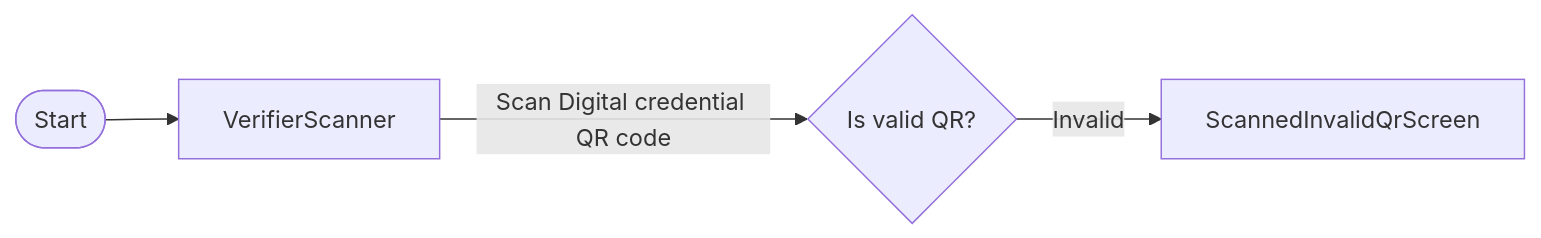
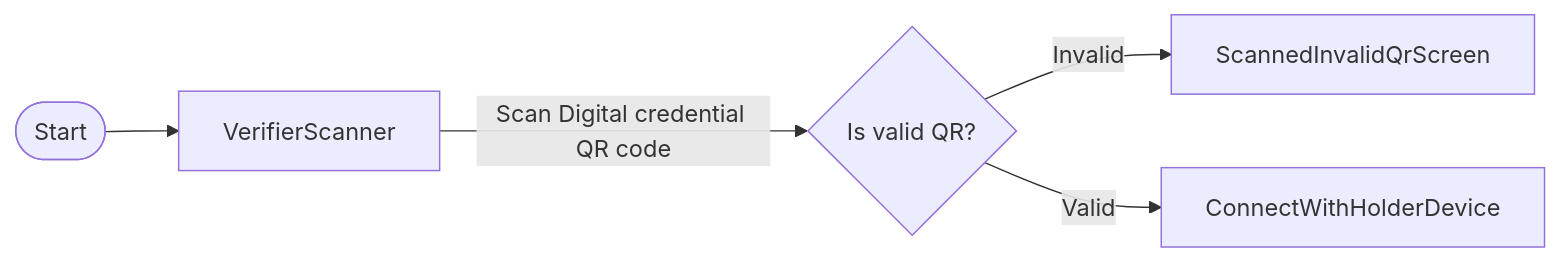
The diagram in verifier/doc/verifierUserJourney.mmd (govuk-one-login/mobile-credential-sharing-android), drawn with Mermaid before and after one commit. The commit also changed 5 other files, not shown here.

```diff
--- a/verifier/doc/verifierUserJourney.mmd
+++ b/verifier/doc/verifierUserJourney.mmd
@@ -1,11 +1,13 @@
 flowchart LR
     %% Node definitions
     Start@{shape: terminal}
     VerifierScanner
     isValidQr{"Is valid QR?"}
     ScannedInvalidQrScreen
+    ConnectWithHolderDevice
 
     %% Node relationships
     Start --> VerifierScanner
     VerifierScanner -->|Scan Digital credential QR code| isValidQr
     isValidQr -->|Invalid| ScannedInvalidQrScreen
+    isValidQr -->|Valid| ConnectWithHolderDevice
```
